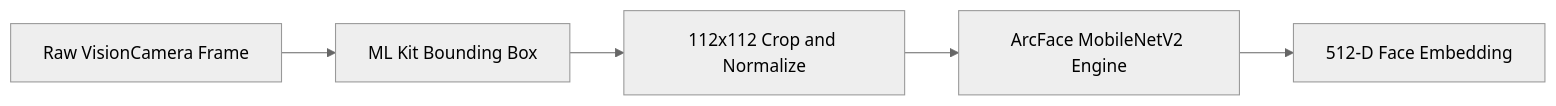
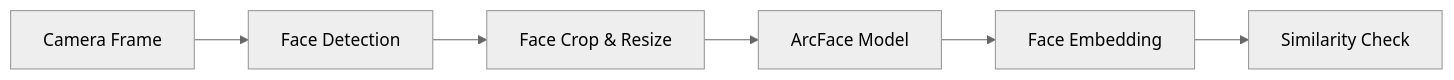
The second of 3 diagrams in docs/ARCHITECTURE.md (anjali9in/Netraksh-AI), drawn with Mermaid (neutral theme) before and after one commit. The commit also changed other lines of this file and 3 other files, not shown here.

````diff
--- a/docs/ARCHITECTURE.md
+++ b/docs/ARCHITECTURE.md
@@ -222,13 +135,15 @@
 ```mermaid
 flowchart LR
-    A["Raw VisionCamera Frame"]
-    B["ML Kit Bounding Box"]
-    C["112x112 Crop and Normalize"]
-    D["ArcFace MobileNetV2 Engine"]
-    E["512-D Face Embedding"]
+    A["Camera Frame"]
+    B["Face Detection"]
+    C["Face Crop & Resize"]
+    D["ArcFace Model"]
+    E["Face Embedding"]
+    F["Similarity Check"]
 
     A --> B
     B --> C
     C --> D
     D --> E
+    E --> F
 ```
````
